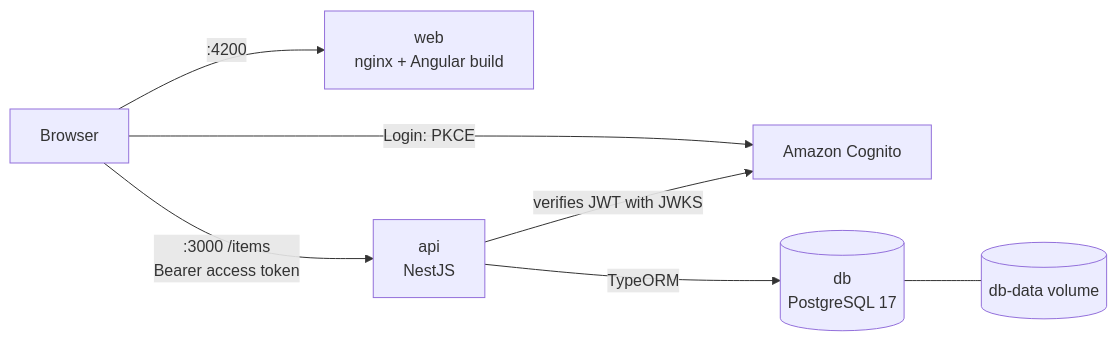
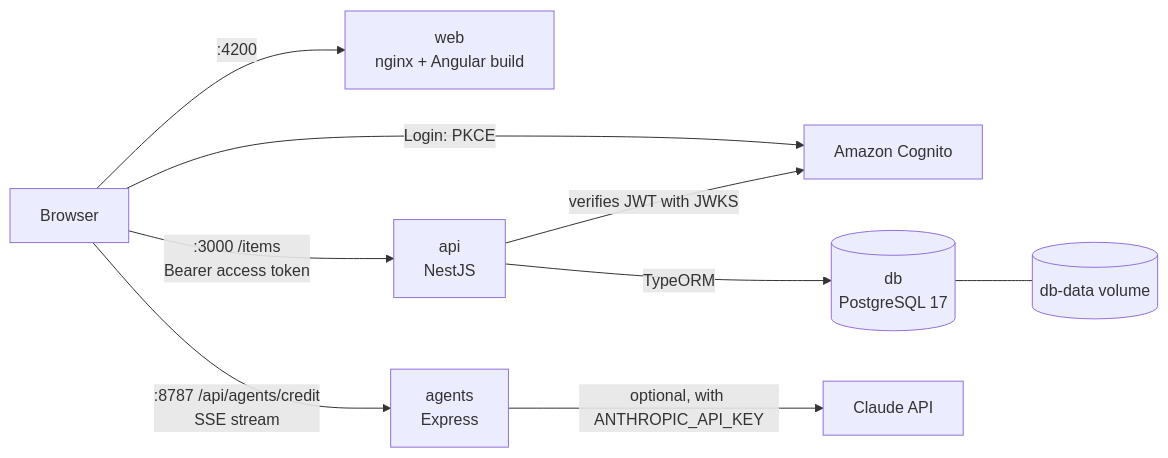
Before and after one commit to David-LBautista/aws-lab: the third of 4 diagrams in README.md, drawn with Mermaid. The commit also changed other lines of this file and 1 other file, not shown here.

Commit message:
fix(infra): allow dev-lab origin in the agents API CORS

````diff
--- a/README.md
+++ b/README.md
@@ -59,9 +83,11 @@
 ```mermaid
 flowchart LR
     B[Browser] -->|:4200| WEB[web<br/>nginx + Angular build]
     B -->|Login: PKCE| COG[Amazon Cognito]
     B -->|:3000 /items<br/>Bearer access token| API[api<br/>NestJS]
     API -->|verifies JWT with JWKS| COG
     API -->|TypeORM| DB[(db<br/>PostgreSQL 17)]
     DB --- VOL[(db-data volume)]
+    B -->|:8787 /api/agents/credit<br/>SSE stream| AG[agents<br/>Express]
+    AG -->|optional, with ANTHROPIC_API_KEY| C[Claude API]
 ```
````
